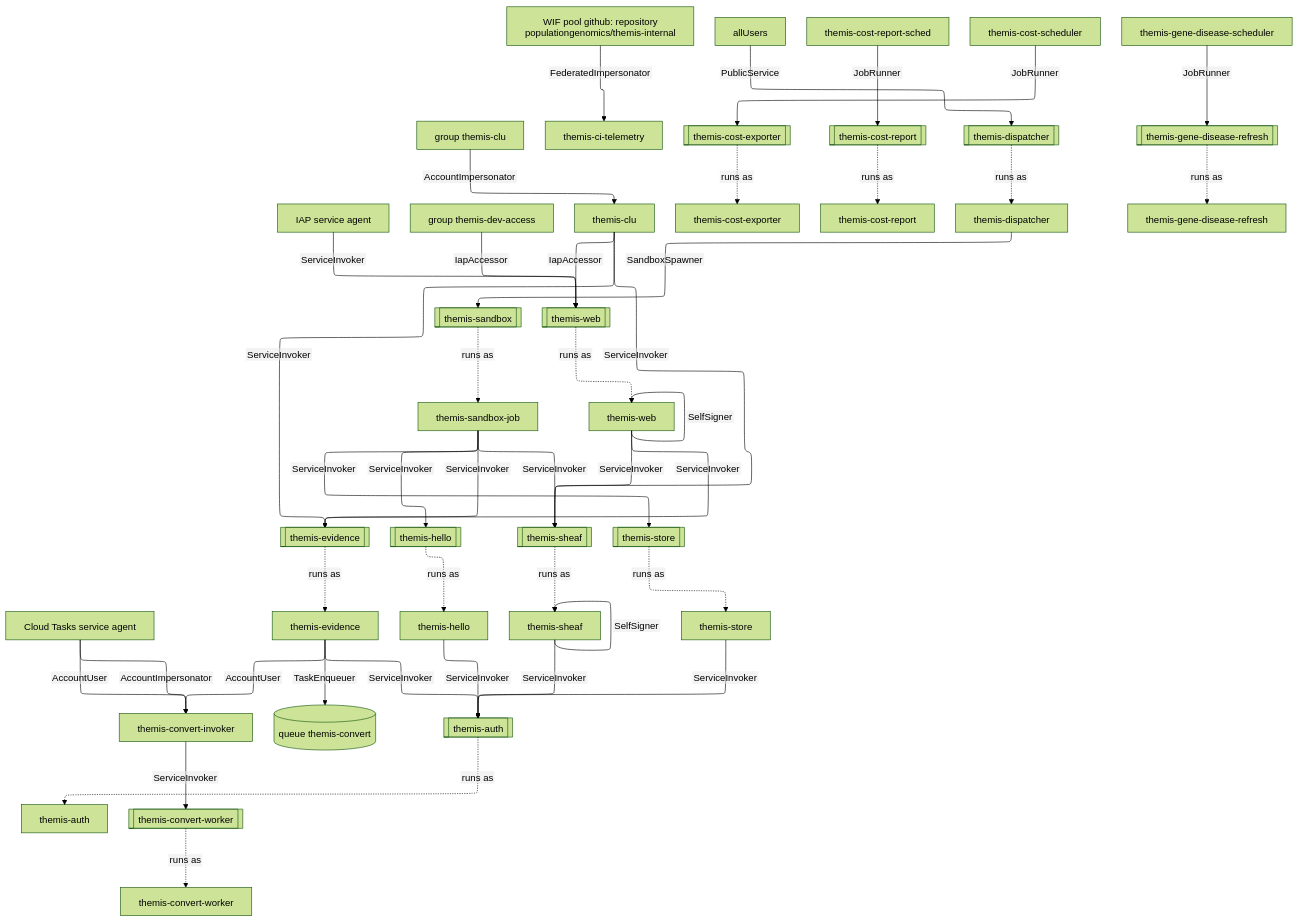
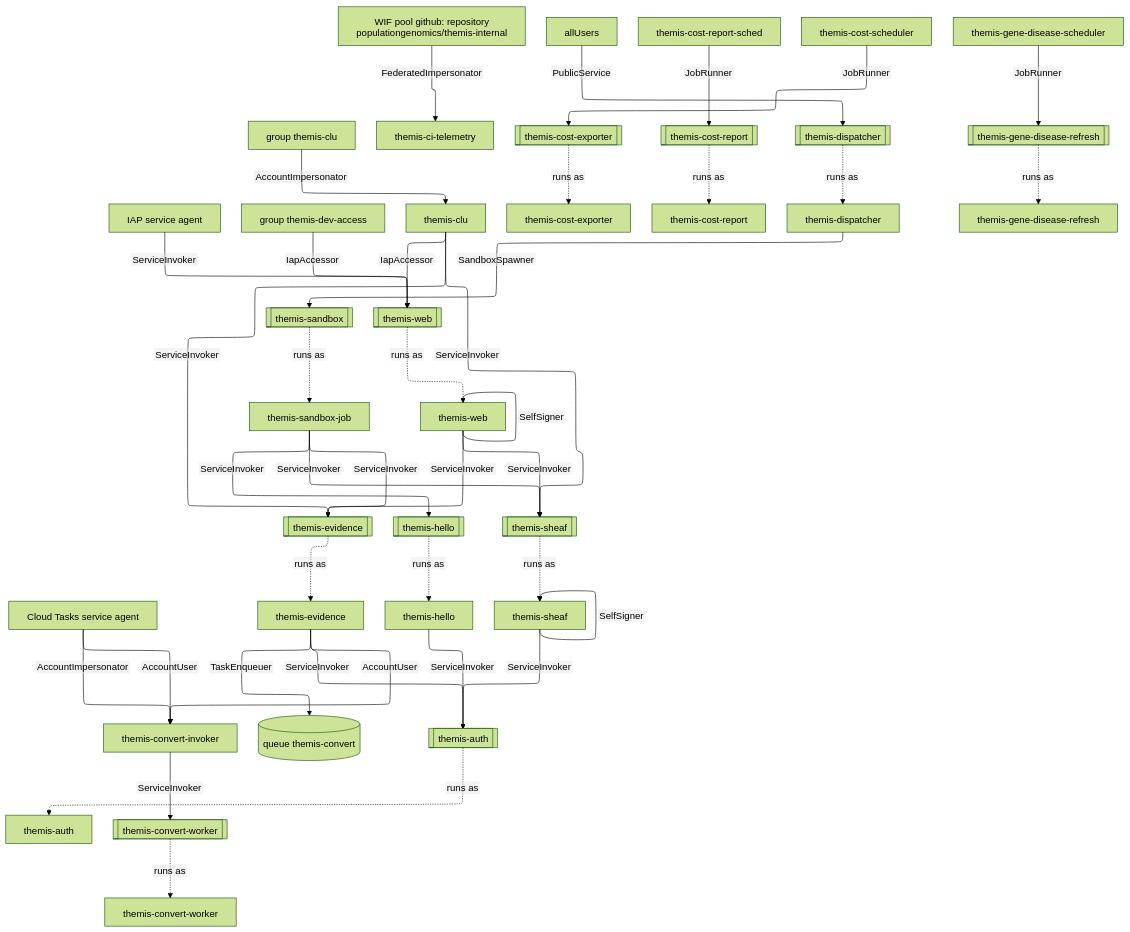
Before and after one commit to populationgenomics/themis: the diagram in docs/design/grants/calls.mmd, drawn with Mermaid (forest theme). The commit also changed 77 other files, not shown here.

```diff
--- a/docs/design/grants/calls.mmd
+++ b/docs/design/grants/calls.mmd
@@ -1,80 +1,75 @@
 %%{init: {"layout": "elk", "elk": {"mergeEdges": true, "nodePlacementStrategy": "NETWORK_SIMPLEX"}, "htmlLabels": false, "flowchart": {"htmlLabels": false, "wrappingWidth": 320}}}%%
 flowchart TB
     n0["Cloud Tasks service agent"]
     n1["IAP service agent"]
     n2["WIF pool github: repository populationgenomics/themis-internal"]
     n3["allUsers"]
     n4["group themis-clu"]
     n5["group themis-dev-access"]
     n6["themis-auth"]
     n7["themis-ci-telemetry"]
     n8["themis-clu"]
     n9["themis-convert-invoker"]
     n10["themis-convert-worker"]
     n11["themis-cost-exporter"]
     n12["themis-cost-report"]
     n13["themis-cost-report-sched"]
     n14["themis-cost-scheduler"]
     n15["themis-dispatcher"]
     n16["themis-evidence"]
     n17["themis-gene-disease-refresh"]
     n18["themis-gene-disease-scheduler"]
     n19["themis-hello"]
     n20["themis-sandbox-job"]
     n21["themis-sheaf"]
-    n22["themis-store"]
-    n23["themis-web"]
-    n24[("queue themis-convert")]
-    n25[["themis-auth"]]
-    n26[["themis-convert-worker"]]
-    n27[["themis-cost-exporter"]]
-    n28[["themis-cost-report"]]
-    n29[["themis-dispatcher"]]
-    n30[["themis-evidence"]]
-    n31[["themis-gene-disease-refresh"]]
-    n32[["themis-hello"]]
-    n33[["themis-sandbox"]]
-    n34[["themis-sheaf"]]
-    n35[["themis-store"]]
-    n36[["themis-web"]]
+    n22["themis-web"]
+    n23[("queue themis-convert")]
+    n24[["themis-auth"]]
+    n25[["themis-convert-worker"]]
+    n26[["themis-cost-exporter"]]
+    n27[["themis-cost-report"]]
+    n28[["themis-dispatcher"]]
+    n29[["themis-evidence"]]
+    n30[["themis-gene-disease-refresh"]]
+    n31[["themis-hello"]]
+    n32[["themis-sandbox"]]
+    n33[["themis-sheaf"]]
+    n34[["themis-web"]]
     n0 -->|AccountImpersonator| n9
     n0 -->|AccountUser| n9
-    n1 -->|ServiceInvoker| n36
+    n1 -->|ServiceInvoker| n34
     n2 -->|FederatedImpersonator| n7
-    n3 -->|PublicService| n29
+    n3 -->|PublicService| n28
     n4 -->|AccountImpersonator| n8
-    n5 -->|IapAccessor| n36
-    n8 -->|IapAccessor| n36
-    n8 -->|ServiceInvoker| n30
-    n8 -->|ServiceInvoker| n34
-    n9 -->|ServiceInvoker| n26
-    n13 -->|JobRunner| n28
-    n14 -->|JobRunner| n27
-    n15 -->|SandboxSpawner| n33
+    n5 -->|IapAccessor| n34
+    n8 -->|IapAccessor| n34
+    n8 -->|ServiceInvoker| n29
+    n8 -->|ServiceInvoker| n33
+    n9 -->|ServiceInvoker| n25
+    n13 -->|JobRunner| n27
+    n14 -->|JobRunner| n26
+    n15 -->|SandboxSpawner| n32
     n16 -->|AccountUser| n9
-    n16 -->|ServiceInvoker| n25
-    n16 -->|TaskEnqueuer| n24
-    n18 -->|JobRunner| n31
-    n19 -->|ServiceInvoker| n25
-    n20 -->|ServiceInvoker| n30
-    n20 -->|ServiceInvoker| n32
-    n20 -->|ServiceInvoker| n34
-    n20 -->|ServiceInvoker| n35
+    n16 -->|ServiceInvoker| n24
+    n16 -->|TaskEnqueuer| n23
+    n18 -->|JobRunner| n30
+    n19 -->|ServiceInvoker| n24
+    n20 -->|ServiceInvoker| n29
+    n20 -->|ServiceInvoker| n31
+    n20 -->|ServiceInvoker| n33
     n21 -->|SelfSigner| n21
-    n21 -->|ServiceInvoker| n25
-    n22 -->|ServiceInvoker| n25
-    n23 -->|SelfSigner| n23
-    n23 -->|ServiceInvoker| n30
-    n23 -->|ServiceInvoker| n34
-    n25 -. runs as .-> n6
-    n26 -. runs as .-> n10
-    n27 -. runs as .-> n11
-    n28 -. runs as .-> n12
-    n29 -. runs as .-> n15
-    n30 -. runs as .-> n16
-    n31 -. runs as .-> n17
-    n32 -. runs as .-> n19
-    n33 -. runs as .-> n20
-    n34 -. runs as .-> n21
-    n35 -. runs as .-> n22
-    n36 -. runs as .-> n23
+    n21 -->|ServiceInvoker| n24
+    n22 -->|SelfSigner| n22
+    n22 -->|ServiceInvoker| n29
+    n22 -->|ServiceInvoker| n33
+    n24 -. runs as .-> n6
+    n25 -. runs as .-> n10
+    n26 -. runs as .-> n11
+    n27 -. runs as .-> n12
+    n28 -. runs as .-> n15
+    n29 -. runs as .-> n16
+    n30 -. runs as .-> n17
+    n31 -. runs as .-> n19
+    n32 -. runs as .-> n20
+    n33 -. runs as .-> n21
+    n34 -. runs as .-> n22
```
